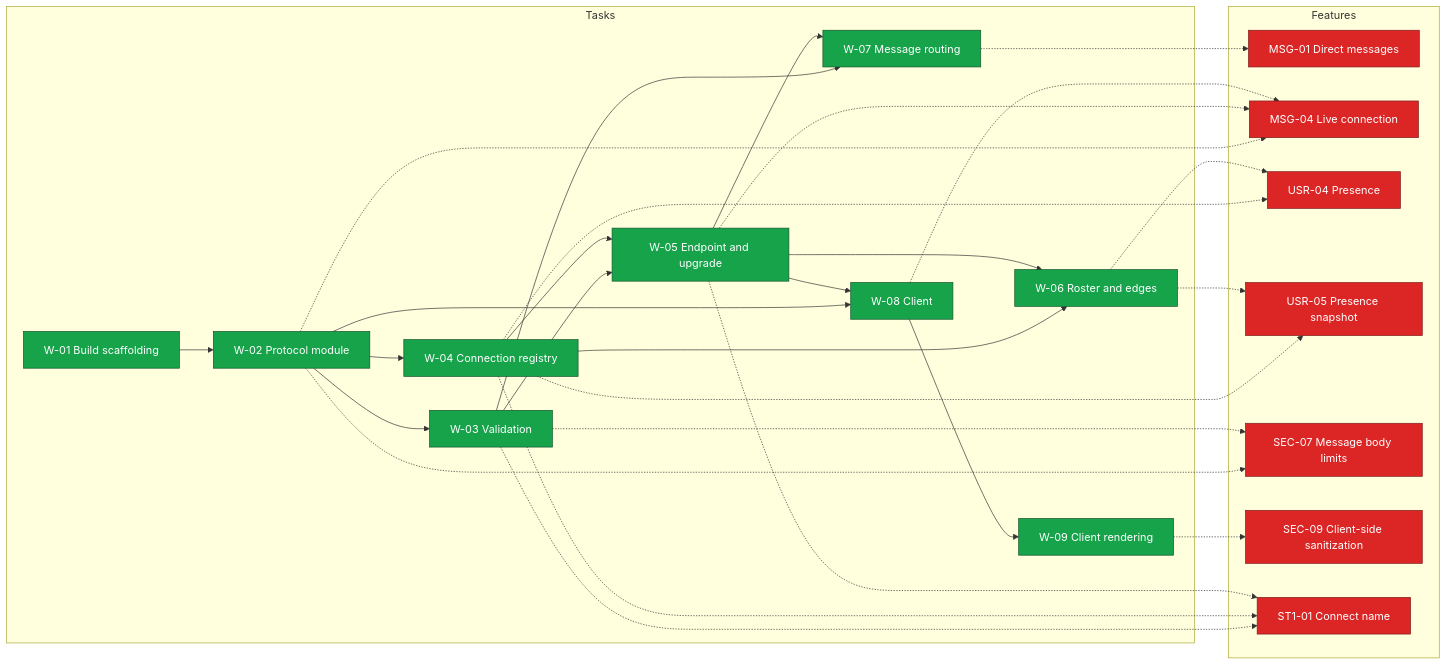
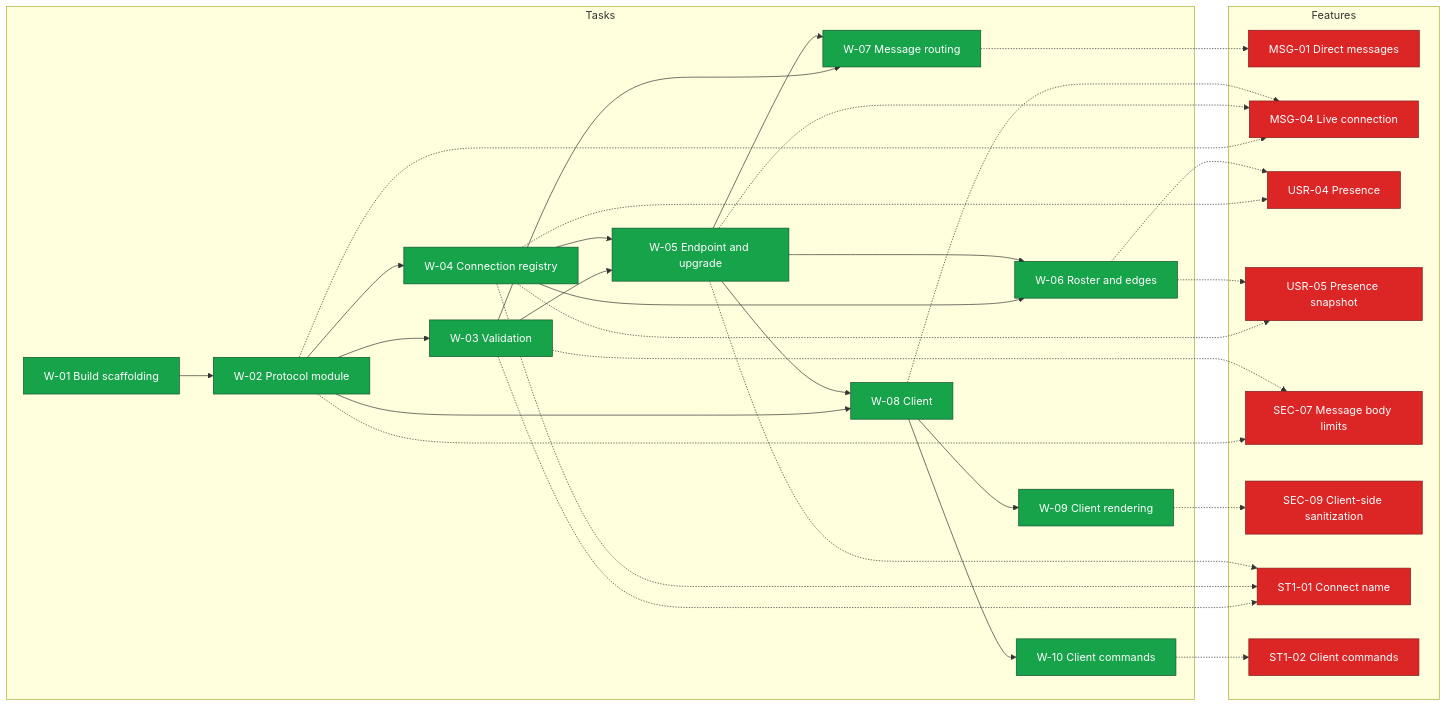
One commit to mglunafh/proompt-chatting changed the second of 2 diagrams in docs/step1/deps-mermaid.md. Above: the diagram before and after it, drawn with Mermaid. The commit also changed other lines of this file and 4 other files, not shown here.

Commit message:
STEP-1: added feature for client console commands

````diff
--- a/docs/step1/deps-mermaid.md
+++ b/docs/step1/deps-mermaid.md
@@ -59,56 +63,60 @@
 ```mermaid
 graph LR
   subgraph Tasks
     W01[W-01 Build scaffolding]
     W02[W-02 Protocol module]
     W03[W-03 Validation]
     W04[W-04 Connection registry]
     W05[W-05 Endpoint and upgrade]
     W06[W-06 Roster and edges]
     W07[W-07 Message routing]
     W08[W-08 Client]
     W09[W-09 Client rendering]
+    W10[W-10 Client commands]
     W01 --> W02
     W02 --> W03
     W02 --> W04
     W02 --> W08
     W03 --> W05
     W03 --> W07
     W04 --> W05
     W04 --> W06
     W05 --> W06
     W05 --> W07
     W05 --> W08
     W08 --> W09
+    W08 --> W10
   end
 
   subgraph Features
     MSG01[MSG-01 Direct messages]
     MSG04[MSG-04 Live connection]
     USR04[USR-04 Presence]
     USR05[USR-05 Presence snapshot]
     SEC07[SEC-07 Message body limits]
     SEC09[SEC-09 Client-side sanitization]
     ST101[ST1-01 Connect name]
+    ST102[ST1-02 Client commands]
   end
 
   W07 -.-> MSG01
   W02 -.-> MSG04
   W05 -.-> MSG04
   W08 -.-> MSG04
   W04 -.-> USR04
   W06 -.-> USR04
   W04 -.-> USR05
   W06 -.-> USR05
   W02 -.-> SEC07
   W03 -.-> SEC07
   W09 -.-> SEC09
   W03 -.-> ST101
   W04 -.-> ST101
   W05 -.-> ST101
+  W10 -.-> ST102
 
   classDef task fill:#16a34a,stroke:#14532d,stroke-width:1px,color:#ffffff
   classDef feature fill:#dc2626,stroke:#7f1d1d,stroke-width:1px,color:#ffffff
-  class W01,W02,W03,W04,W05,W06,W07,W08,W09 task
-  class SEC07,ST101,MSG01,MSG04,USR04,USR05,SEC09 feature
+  class W01,W02,W03,W04,W05,W06,W07,W08,W09,W10 task
+  class SEC07,ST101,MSG01,MSG04,USR04,USR05,SEC09,ST102 feature
 ```
````
